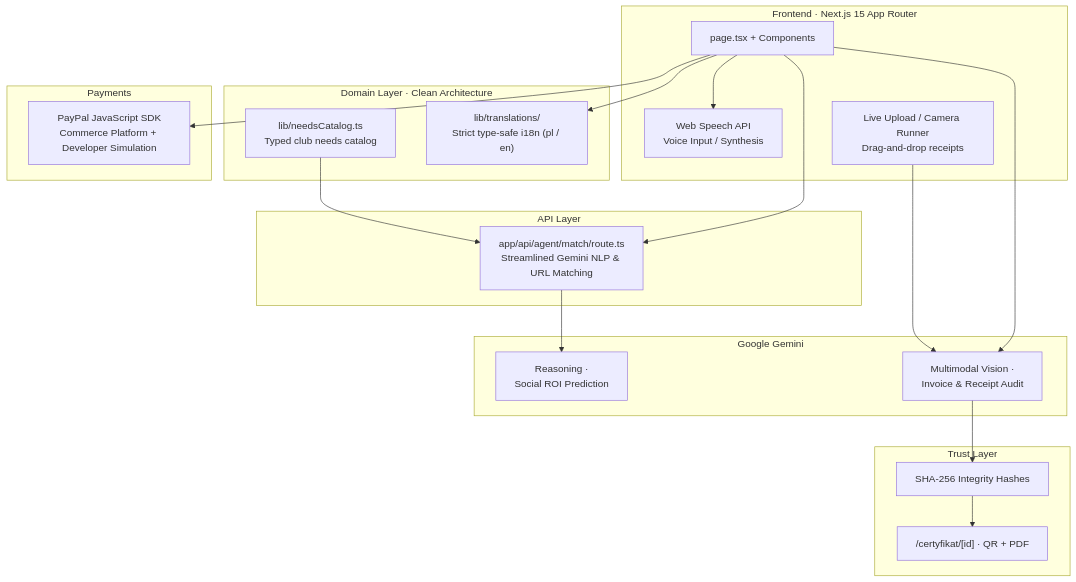
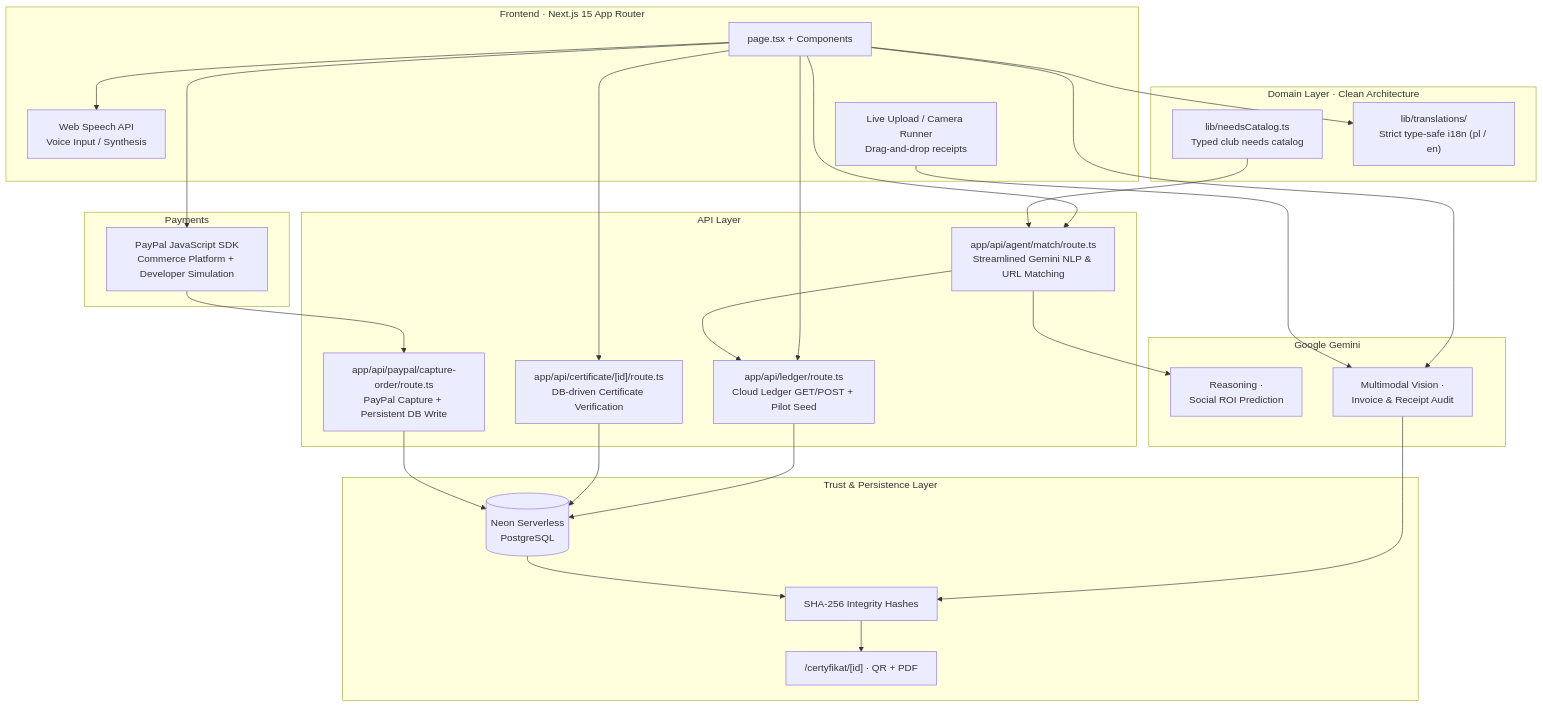
Before and after one commit to AdamBabinicz/patronat: the third of 4 diagrams in README.md, drawn with Mermaid. The commit also changed other lines of this file, not shown here.

First line of the commit message:
docs(readme): document Neon Serverless PostgreSQL architecture and database integration

````diff
--- a/README.md
+++ b/README.md
@@ -96,36 +97,48 @@
 ```mermaid
 flowchart TB
     subgraph FE["Frontend · Next.js 15 App Router"]
         UI["page.tsx + Components"]
         VOICE["Web Speech API<br/>Voice Input / Synthesis"]
         CAM["Live Upload / Camera Runner<br/>Drag-and-drop receipts"]
     end
     subgraph DOMAIN["Domain Layer · Clean Architecture"]
         CATALOG["lib/needsCatalog.ts<br/>Typed club needs catalog"]
         I18N["lib/translations/<br/>Strict type-safe i18n (pl / en)"]
     end
     subgraph API["API Layer"]
         MATCH["app/api/agent/match/route.ts<br/>Streamlined Gemini NLP & URL Matching"]
+        LEDGERAPI["app/api/ledger/route.ts<br/>Cloud Ledger GET/POST + Pilot Seed"]
+        CERTAPI["app/api/certificate/[id]/route.ts<br/>DB-driven Certificate Verification"]
+        CAPTURE["app/api/paypal/capture-order/route.ts<br/>PayPal Capture + Persistent DB Write"]
     end
     subgraph GEM["Google Gemini"]
         NLP["Reasoning ·<br/>Social ROI Prediction"]
         VISION["Multimodal Vision ·<br/>Invoice & Receipt Audit"]
     end
     subgraph PAY["Payments"]
         PP["PayPal JavaScript SDK<br/>Commerce Platform + Developer Simulation"]
     end
-    subgraph LEDGER["Trust Layer"]
+    subgraph LEDGER["Trust & Persistence Layer"]
+        DB[("Neon Serverless<br/>PostgreSQL")]
         HASH["SHA-256 Integrity Hashes"]
         CERT["/certyfikat/[id] · QR + PDF"]
     end
     UI --> MATCH
     MATCH --> NLP
     CATALOG --> MATCH
     UI --> VISION
     CAM --> VISION
     UI --> PP
     UI --> VOICE
+    UI --> LEDGERAPI
+    UI --> CERTAPI
+    MATCH --> LEDGERAPI
+    PP --> CAPTURE
     VISION --> HASH
+    LEDGERAPI --> DB
+    CERTAPI --> DB
+    CAPTURE --> DB
+    DB --> HASH
     HASH --> CERT
     UI --> I18N
 ```
````
